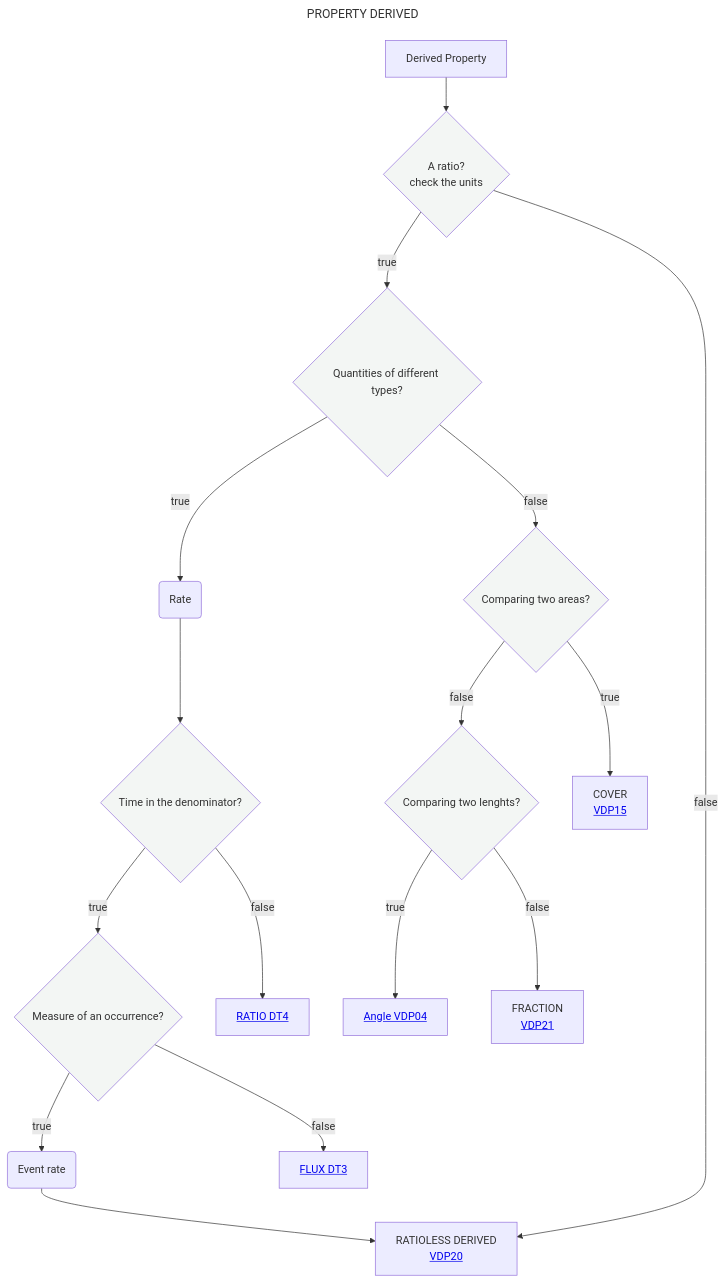
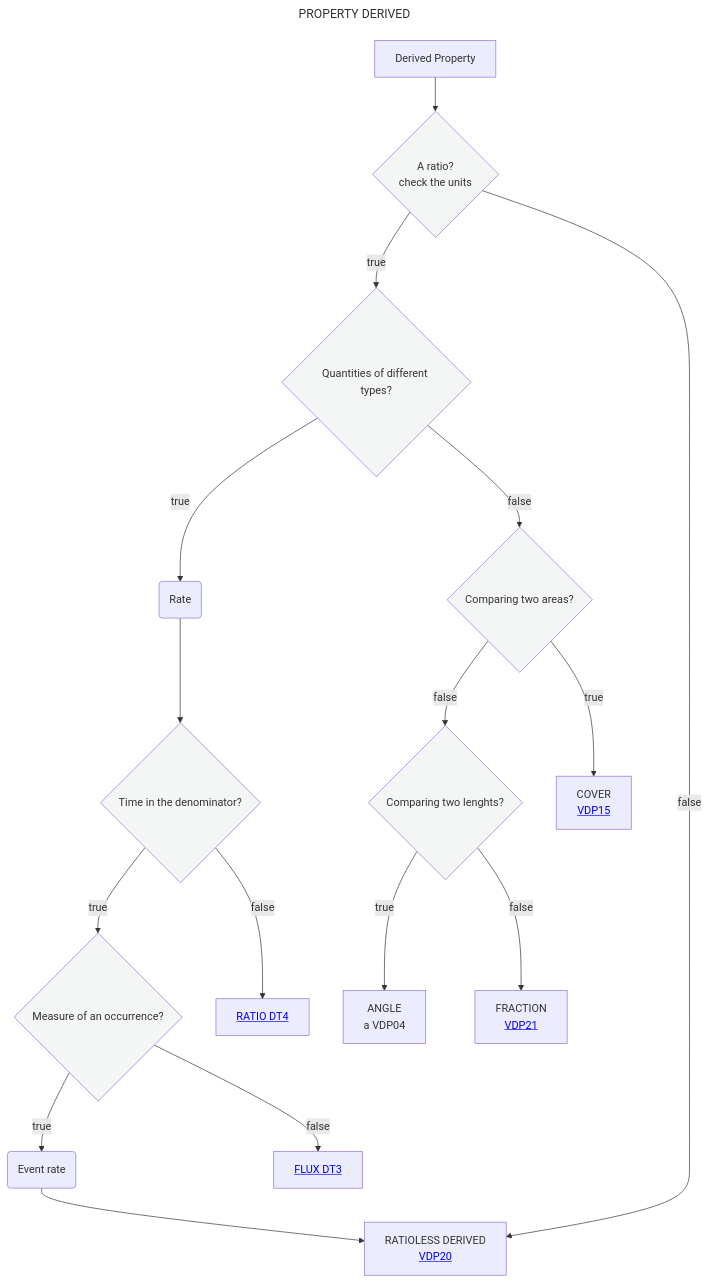
One commit to mabablue/I-ADOPT-patterns-playground changed the diagram in Decisition_trees/DT2.mmd. Above: the diagram before and after it, drawn with Mermaid.

Commit message:
Fix hyperlink formatting in DT2.mmd

```diff
--- a/Decisition_trees/DT2.mmd
+++ b/Decisition_trees/DT2.mmd
@@ -1,23 +1,23 @@
 ---
 title: PROPERTY DERIVED
 ---
 flowchart TD
     A[Derived Property] --> B{A ratio?<br>check the units}:::white
     B --> |true|C{Quantities of different types?}:::white
     B --> |false|I[RATIOLESS DERIVED <br> <a href='https://github.com/mabablue/I-ADOPT-patterns-playground/blob/main/pattern/VDP20.yaml'>VDP20</a>]
     C --> |true|MN(Rate) 
     MN --> N{Time in the denominator?}:::white
     C --> |false|CD{Comparing two areas?}:::white
     CD --> |false|CE{Comparing two lenghts?}:::white
-    CE --> |true|CF[<a href='https://github.com/mabablue/I-ADOPT-patterns-playground/blob/main/pattern/VDP04.yaml'>Angle VDP04</a>]
+    CE --> |true|CF[ANGLE <br> a <href='https://github.com/mabablue/I-ADOPT-patterns-playground/blob/main/pattern/VDP04.yaml'>VDP04</a>]
     CE --> |false|CG[FRACTION <br> <a href='https://github.com/mabablue/I-ADOPT-patterns-playground/blob/main/pattern/VDP21.yaml'>VDP21</a>]
     CD --> |true|F[COVER <br> <a href='https://github.com/mabablue/I-ADOPT-patterns-playground/blob/main/pattern/VDP15.yaml'>VDP15</a>]
     N --> |true|E{Measure of an occurrence?}:::white
     N --> |false|O[<a href='https://github.com/mabablue/I-ADOPT-patterns-playground/blob/main/Decisition_trees/DT4.mmd'>RATIO DT4</a>]
     E --> |true|L(Event rate)
     E --> |false|K[<a href='https://github.com/mabablue/I-ADOPT-patterns-playground/blob/main/Decisition_trees/DT3.mmd'>FLUX DT3</a>]
     L --> I
    classDef blue fill:#90D5FF
    classDef satblue fill:#57B9FF 
    classDef white fill:#f3f6f4
    classDef green fill:#6aa84f
```
